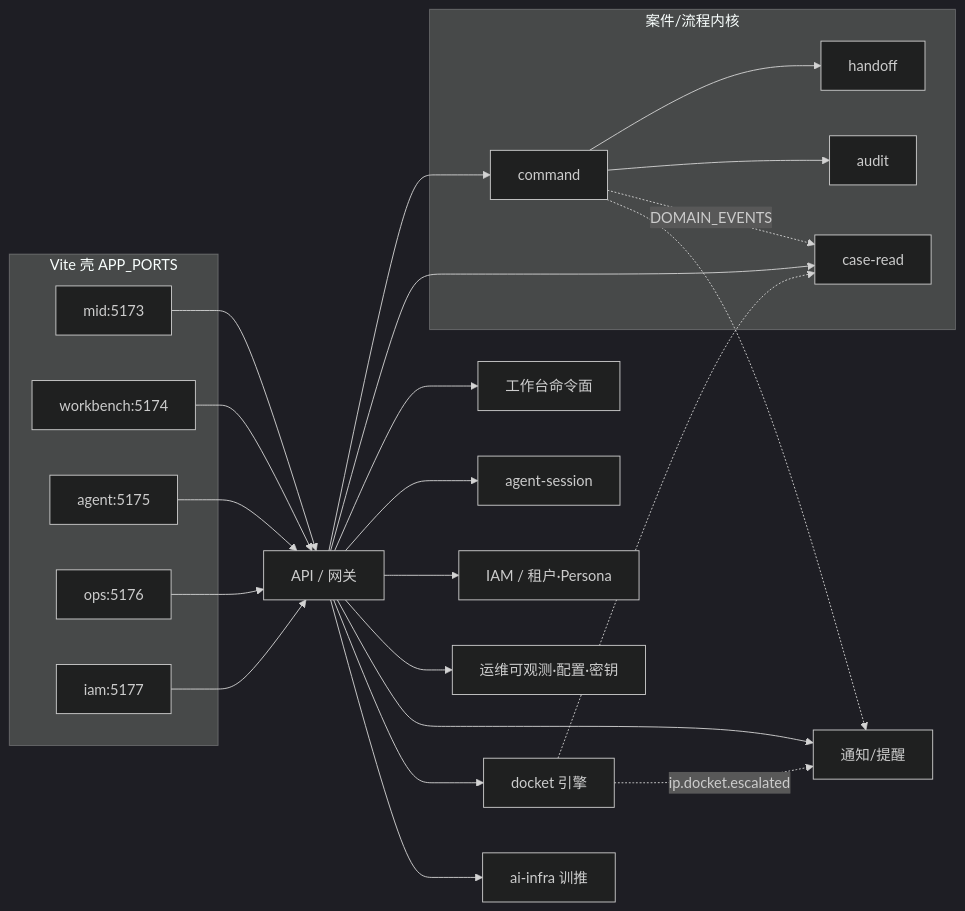
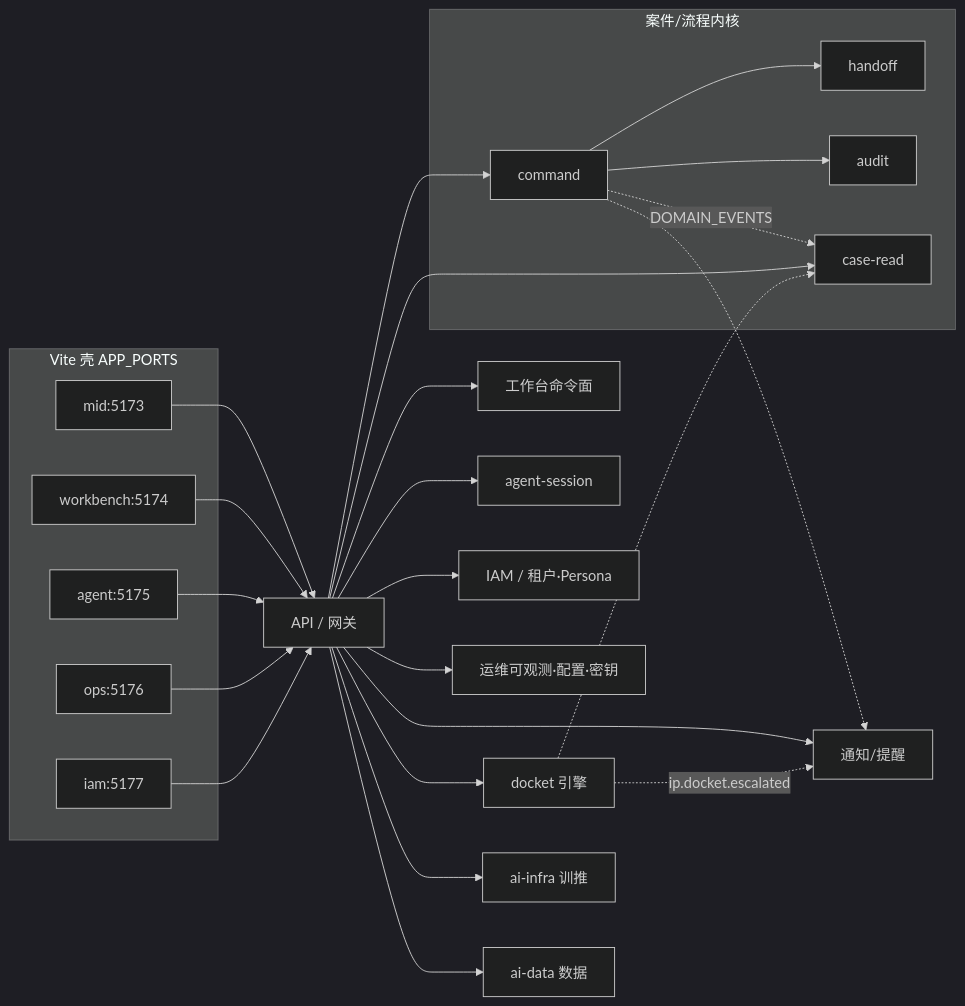
One commit to Yapeng-Gao/ip-harness changed the diagram in docs/architecture/landing/backends.md. Above: the diagram before and after it, drawn with Mermaid (dark theme). The commit also changed other lines of this file and 11 other files, not shown here.

First line of the commit message:
docs(architecture): add AI Data plane (≠ ops/ai-infra/case-core)

````diff
--- a/docs/architecture/landing/backends.md
+++ b/docs/architecture/landing/backends.md
@@ -9,44 +9,46 @@
 ```mermaid
 flowchart LR
   subgraph shells["Vite 壳 APP_PORTS"]
     mid["mid:5173"]
     wb["workbench:5174"]
     ag["agent:5175"]
     ops["ops:5176"]
     iam["iam:5177"]
   end
   gw["API / 网关"]
   subgraph core["案件/流程内核"]
     cmd["command"]
     case["case-read"]
     ho["handoff"]
     aud["audit"]
   end
   wbcmd["工作台命令面"]
   agen["agent-session"]
   iamsvc["IAM / 租户·Persona"]
   obs["运维可观测·配置·密钥"]
   ntf["通知/提醒"]
   dok["docket 引擎"]
   aiInfra["ai-infra 训推"]
+  aiData["ai-data 数据"]
   mid --> gw
   wb --> gw
   ag --> gw
   ops --> gw
   iam --> gw
   gw --> cmd
   gw --> case
   gw --> wbcmd
   gw --> agen
   gw --> iamsvc
   gw --> obs
   gw --> ntf
   gw --> dok
   gw --> aiInfra
+  gw --> aiData
   cmd --> ho
   cmd --> aud
   cmd -.->|DOMAIN_EVENTS| case
   cmd -.-> ntf
   dok -.->|ip.docket.escalated| ntf
   dok -.-> case
 ```
````
